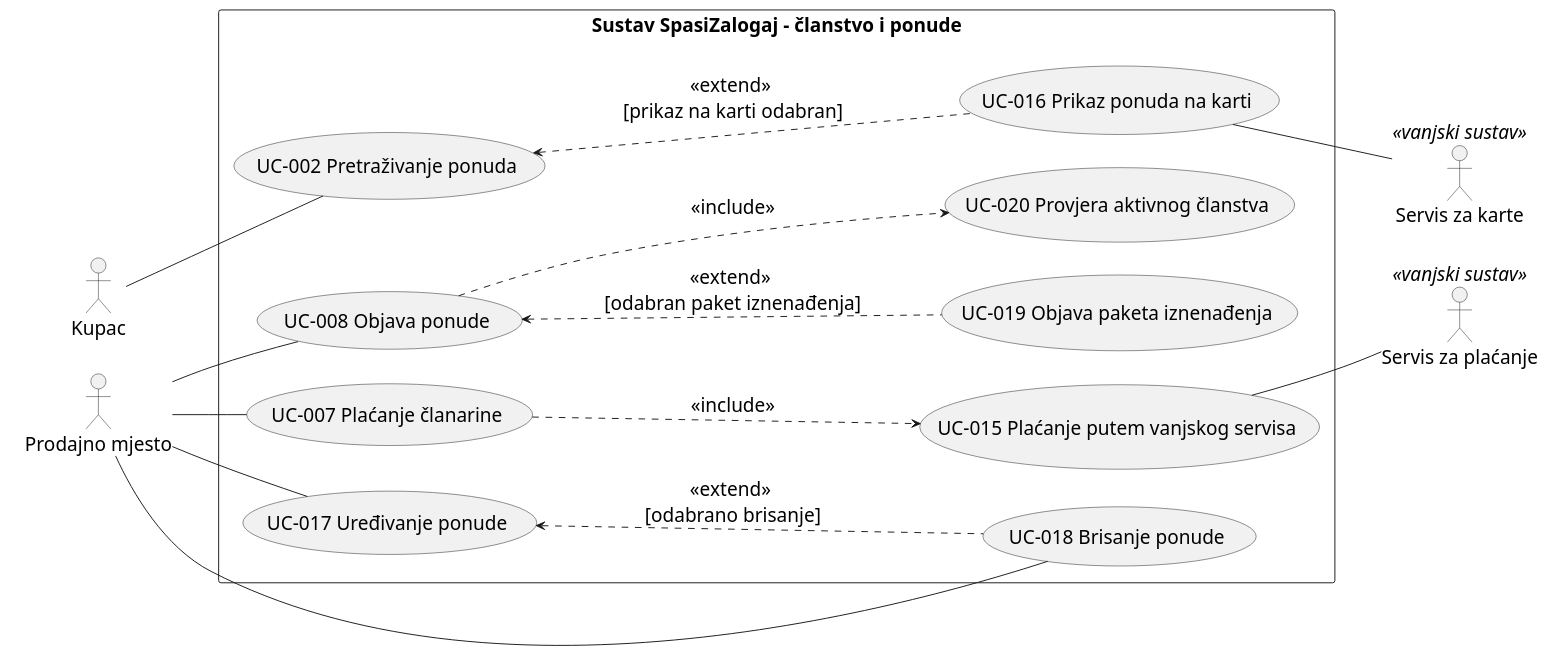
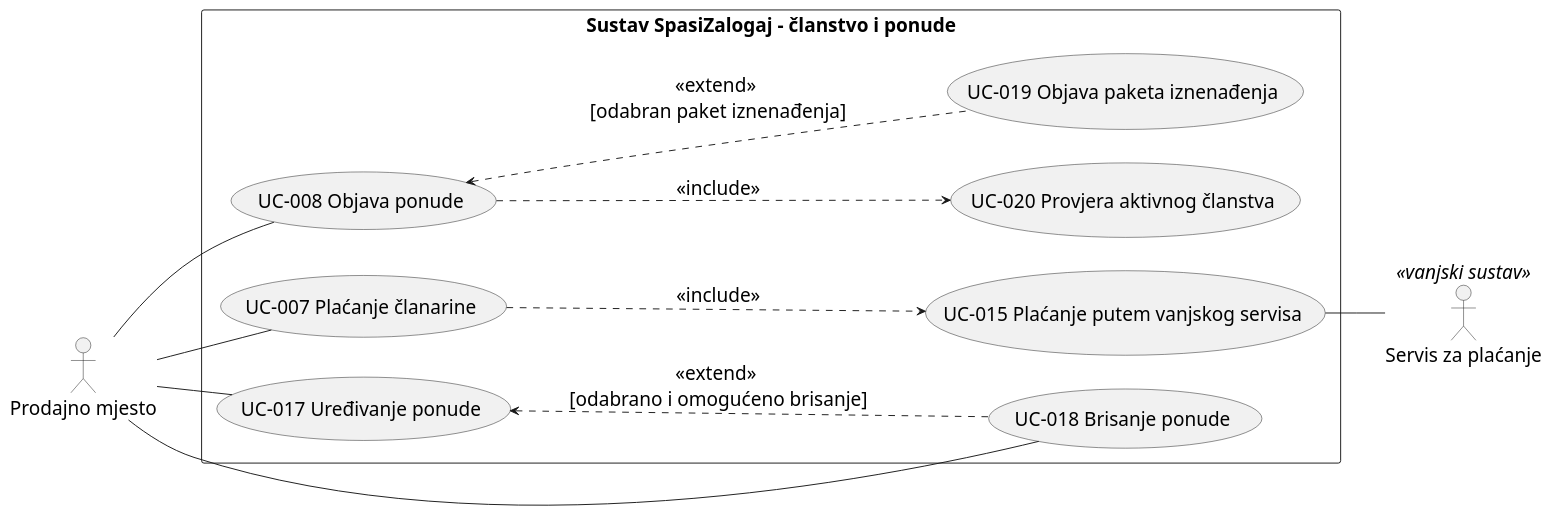
One commit to vz56677/zalogajcici changed the diagram in docs/puml/3-3-offers-membership-UC.puml. Above: the diagram before and after it, drawn with PlantUML. The commit also changed 6 other files, not shown here.

```diff
--- a/docs/puml/3-3-offers-membership-UC.puml
+++ b/docs/puml/3-3-offers-membership-UC.puml
@@ -1,46 +1,38 @@
-@startuml 3-1-clanstvo-ponude-UC
-' Detaljni dijagram članstva i ponuda — raspored po kolegičinom uzorku; dodatni UC-017 do UC-020 su prijedlozi za usklađivanje.
+@startuml 3-3-offers-membership-UC-V2
 skinparam defaultFontSize 20
 left to right direction
 
 rectangle "Sustav SpasiZalogaj - članstvo i ponude" as sustav {
-    usecase "UC-002 Pretraživanje ponuda" as UC2
+    ' usecase "UC-002 Pretraživanje ponuda" as UC2
     usecase "UC-007 Plaćanje članarine" as UC7
     usecase "UC-008 Objava ponude" as UC8
     usecase "UC-015 Plaćanje putem vanjskog servisa" as UC15
-    usecase "UC-016 Prikaz ponuda na karti" as UC16
+    ' usecase "UC-016 Prikaz ponuda na karti" as UC16
     usecase "UC-019 Objava paketa iznenađenja" as UC19
     usecase "UC-017 Uređivanje ponude" as UC17
     usecase "UC-018 Brisanje ponude" as UC18
     usecase "UC-020 Provjera aktivnog članstva" as UC20
 
-    ' Odnosi iz kolegičinog općeg dijagrama.
     UC7 -down..> UC15 : <<include>>
-    UC16 -up..> UC2 : <<extend>> \n[prikaz na karti odabran]
+    ' UC16 -up..> UC2 : <<extend>> \n[prikaz na karti odabran]
 
-    ' Dodatni detalji koje smo imali u našem dijagramu.
     UC8 -down..> UC20 : <<include>>
     UC19 -up..> UC8 : <<extend>> \n[odabran paket iznenađenja]
-    UC18 -up..> UC17 : <<extend>> \n[odabrano brisanje]
+    UC18 -up..> UC17 : <<extend>> \n[odabrano i omogućeno brisanje]
 }
 
-rectangle " " as Lijevo #transparent;line:transparent {
-    actor Kupac
-    actor "Prodajno mjesto" as PM
-}
 
-rectangle " " as Desno #transparent;line:transparent {
-    actor "Servis za plaćanje" as PAY <<vanjski sustav>>
-    actor "Servis za karte" as MAPS <<vanjski sustav>>
-}
+actor "Prodajno mjesto" as PM
+actor "Servis za plaćanje" as PAY <<vanjski sustav>>
 
-Kupac -- UC2
+
+' Kupac -- UC2
 PM -- UC7
 PM -- UC8
 PM -- UC17
 PM -- UC18
 
 UC15 -- PAY
-UC16 -- MAPS
+' UC16 -- MAPS
 
 @enduml
```
